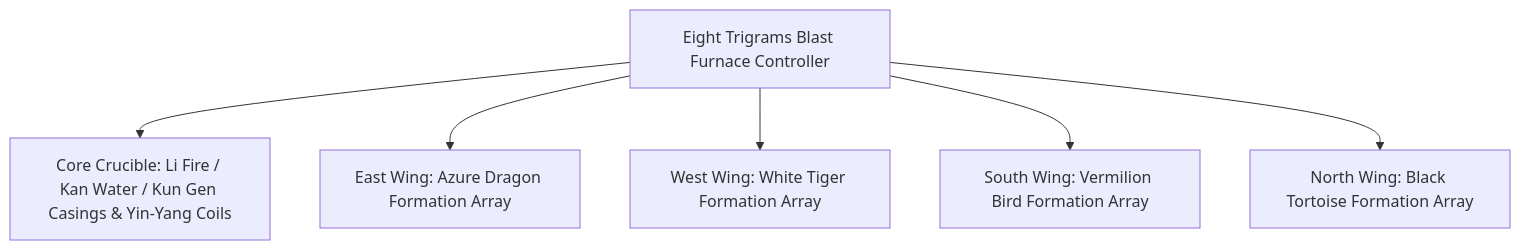
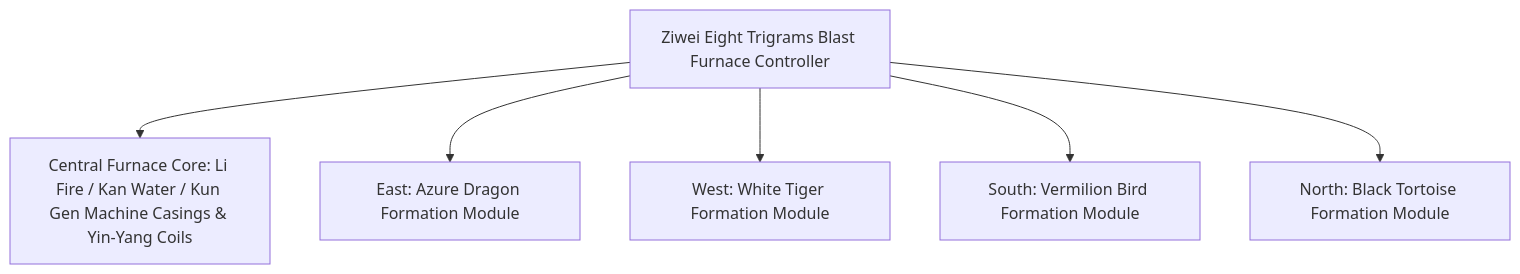
One commit to takanashisatou/GregtechEasy-Docs changed the diagram in docs/en/gtecore/yin-yang-and-four-symbols.md. Above: the diagram before and after it, drawn with Mermaid. The commit also changed other lines of this file and 99 other files, not shown here.

````diff
--- a/docs/en/gtecore/yin-yang-and-four-symbols.md
+++ b/docs/en/gtecore/yin-yang-and-four-symbols.md
@@ -11,8 +11,8 @@
 ```mermaid
 graph TD
-    A[Eight Trigrams Blast Furnace Controller] --> B[Core Crucible: Li Fire / Kan Water / Kun Gen Casings & Yin-Yang Coils]
-    A --> C[East Wing: Azure Dragon Formation Array]
-    A --> D[West Wing: White Tiger Formation Array]
-    A --> E[South Wing: Vermilion Bird Formation Array]
-    A --> F[North Wing: Black Tortoise Formation Array]
+    A[Ziwei Eight Trigrams Blast Furnace Controller] --> B[Central Furnace Core: Li Fire / Kan Water / Kun Gen Machine Casings & Yin-Yang Coils]
+    A --> C[East: Azure Dragon Formation Module]
+    A --> D[West: White Tiger Formation Module]
+    A --> E[South: Vermilion Bird Formation Module]
+    A --> F[North: Black Tortoise Formation Module]
 ```
````
